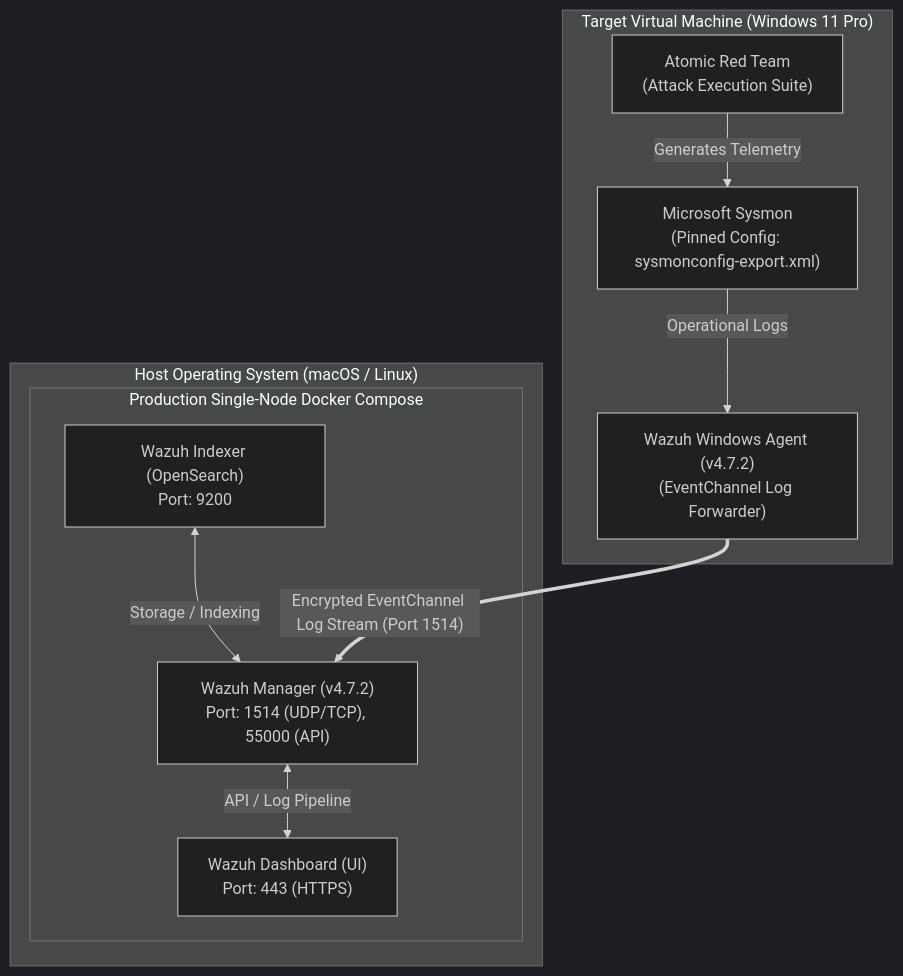
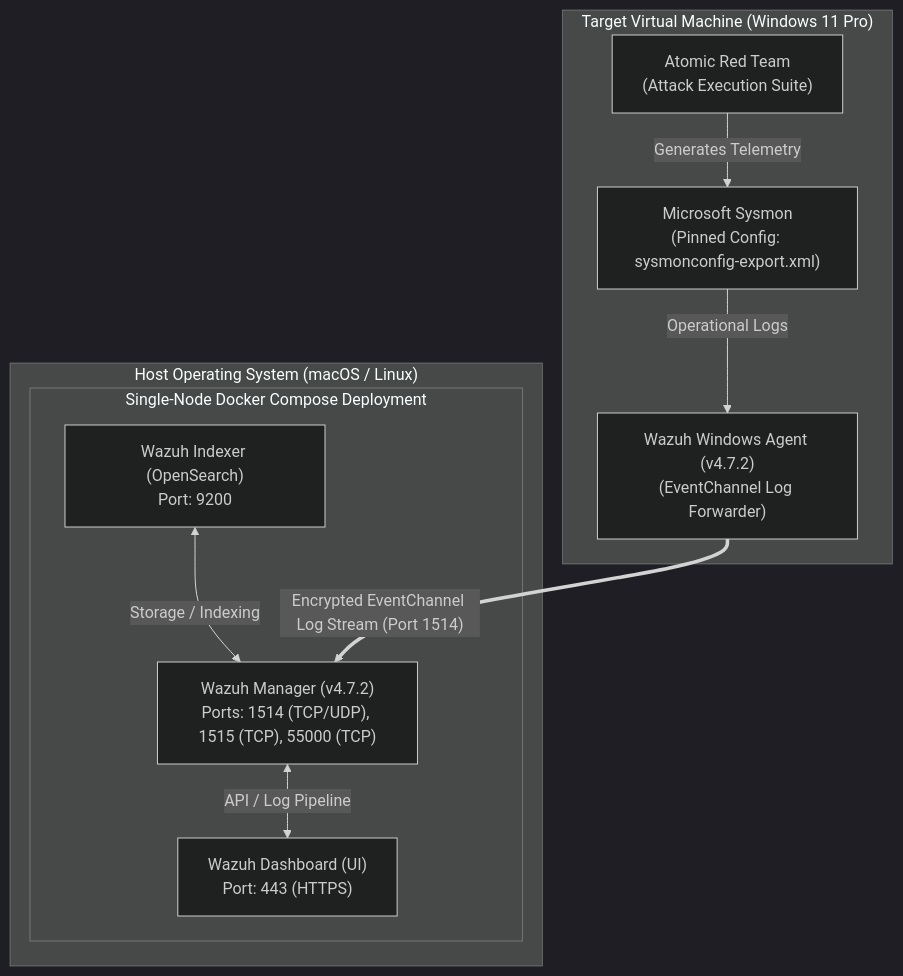
Before and after one commit to sanjaypramodprathibha/detection-engineering-lab: the diagram in README.md, drawn with Mermaid (dark theme). The commit also changed other lines of this file and 5 other files, not shown here.

````diff
--- a/README.md
+++ b/README.md
@@ -23,22 +23,22 @@
 ```mermaid
 flowchart TD
     subgraph Host["Host Operating System (macOS / Linux)"]
-        subgraph DockerCompose["Production Single-Node Docker Compose"]
+        subgraph DockerCompose["Single-Node Docker Compose Deployment"]
             WI["Wazuh Indexer (OpenSearch)<br>Port: 9200"]
-            WM["Wazuh Manager (v4.7.2)<br>Port: 1514 (UDP/TCP), 55000 (API)"]
+            WM["Wazuh Manager (v4.7.2)<br>Ports: 1514 (TCP/UDP), 1515 (TCP), 55000 (TCP)"]
             WD["Wazuh Dashboard (UI)<br>Port: 443 (HTTPS)"]
             WI <-->|Storage / Indexing| WM
             WM <-->|API / Log Pipeline| WD
         end
     end
 
     subgraph TargetVM["Target Virtual Machine (Windows 11 Pro)"]
         ART["Atomic Red Team<br>(Attack Execution Suite)"]
         SYS["Microsoft Sysmon<br>(Pinned Config: sysmonconfig-export.xml)"]
         WA["Wazuh Windows Agent (v4.7.2)<br>(EventChannel Log Forwarder)"]
         ART -->|Generates Telemetry| SYS
         SYS -->|Operational Logs| WA
     end
 
     WA == "Encrypted EventChannel Log Stream (Port 1514)" ==> WM
 ```
````
